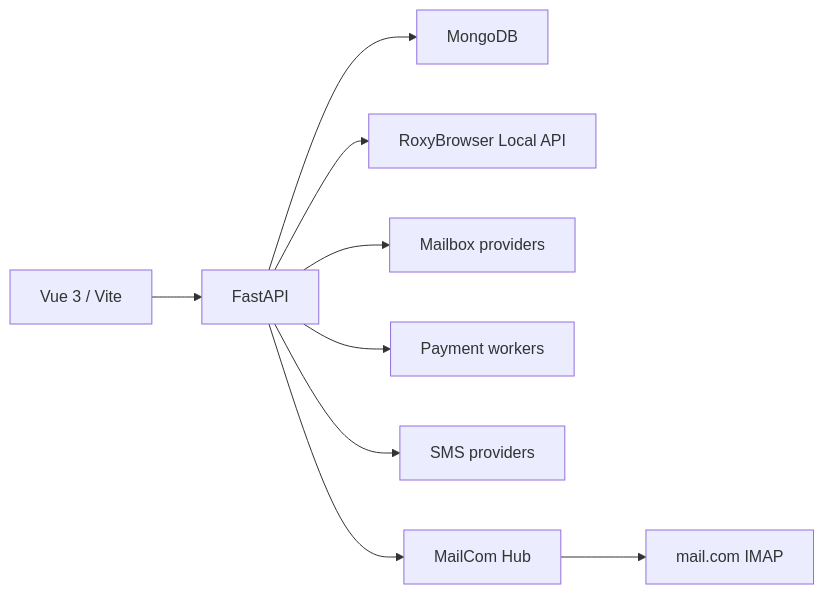
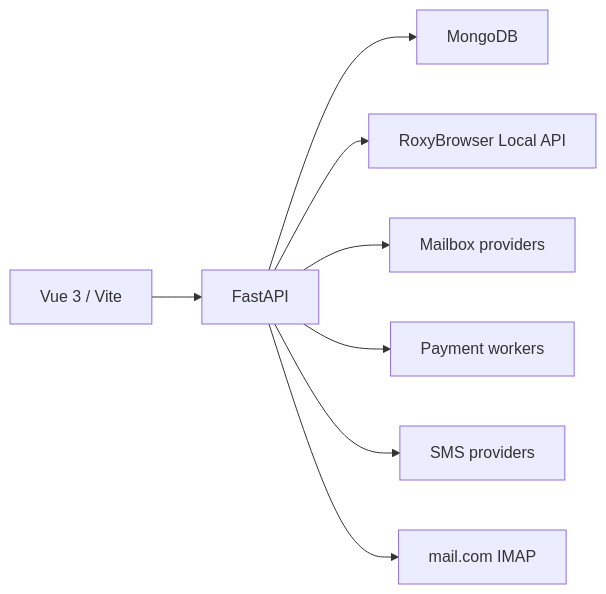
The diagram in README.md (FranklyBuilds/FranklyBuilds-Register), drawn with Mermaid before and after one commit. The commit also changed other lines of this file and 18 other files, not shown here.

Commit message:
Integrate Outlook tasks and MailCom into main service

````diff
--- a/README.md
+++ b/README.md
@@ -135,11 +135,10 @@
 ```mermaid
 flowchart LR
     UI["Vue 3 / Vite"] --> API["FastAPI"]
     API --> DB["MongoDB"]
     API --> ROXY["RoxyBrowser Local API"]
     API --> MAIL["Mailbox providers"]
     API --> PAY["Payment workers"]
     API --> SMS["SMS providers"]
-    HUB["MailCom Hub"] --> IMAP["mail.com IMAP"]
-    API --> HUB
+    API --> IMAP["mail.com IMAP"]
 ```
````
